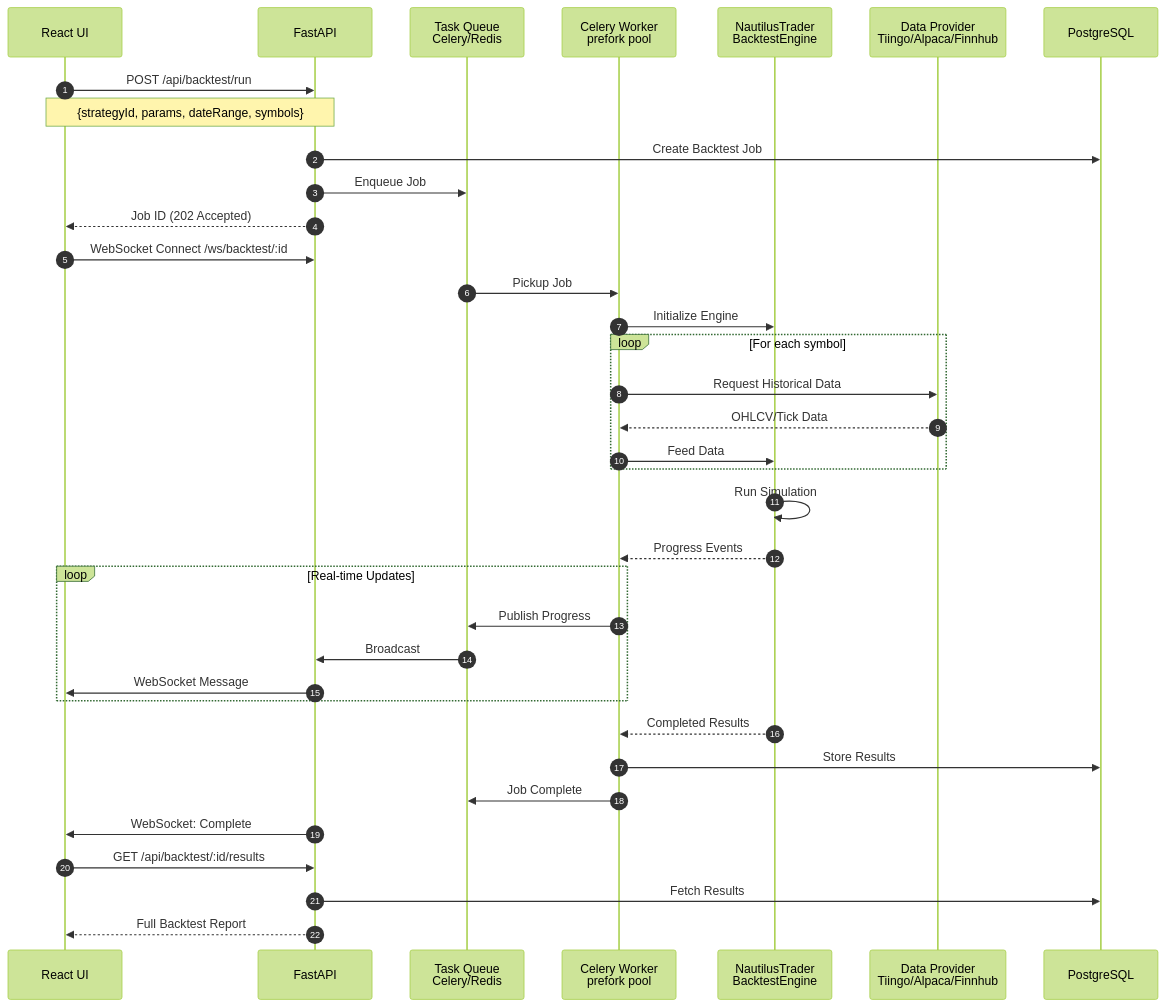
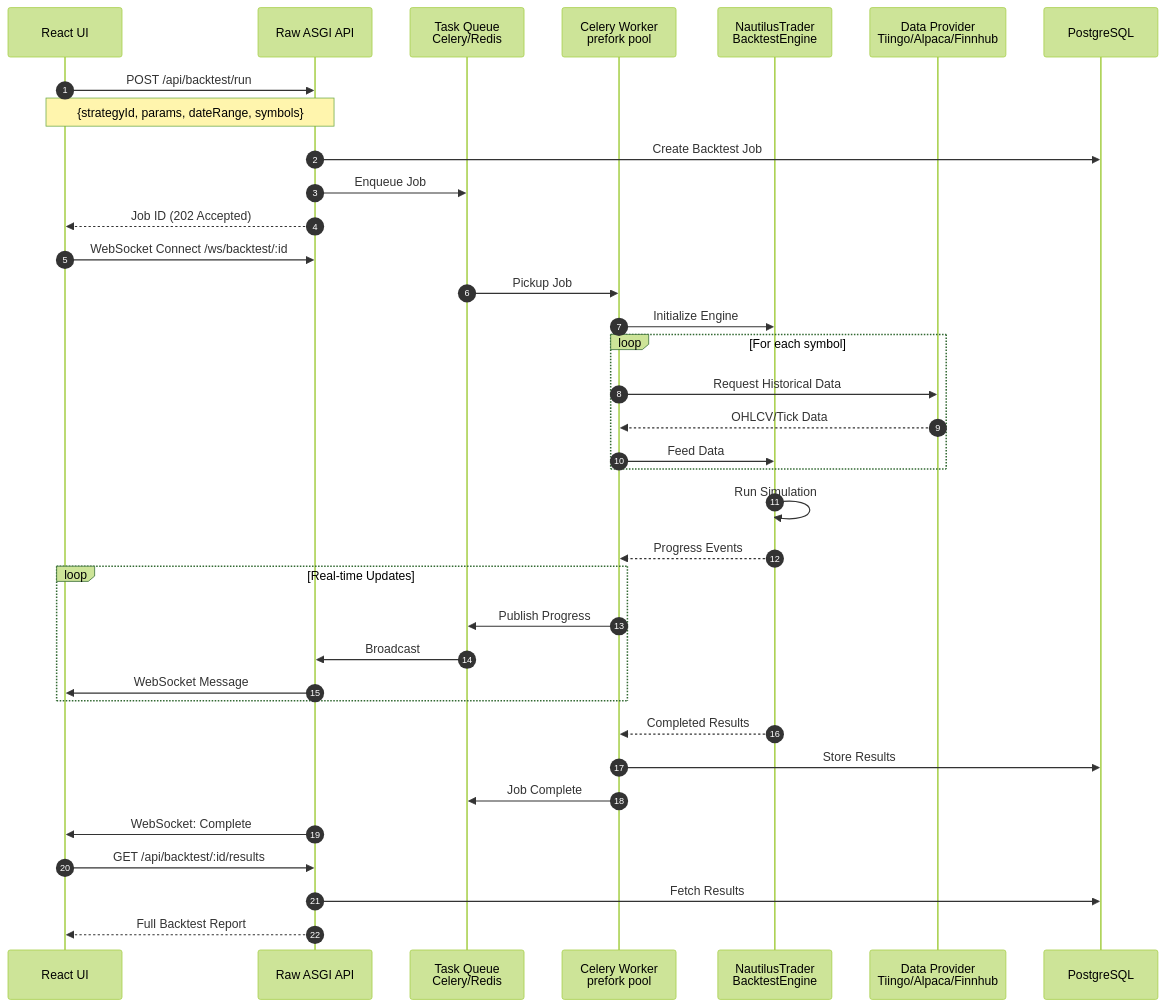
Before and after one commit to huydhoang/quantlens-docs: the fourth of 9 diagrams in ARCHITECTURE.md, drawn with Mermaid (forest theme). The commit also changed other lines of this file and 11 other files, not shown here.

````diff
--- a/ARCHITECTURE.md
+++ b/ARCHITECTURE.md
@@ -135,47 +135,47 @@
 ```mermaid
 sequenceDiagram
     autonumber
     participant UI as React UI
-    participant API as FastAPI
+    participant API as Raw ASGI API
     participant Queue as Task Queue<br/>Celery/Redis
     participant Worker as Celery Worker<br/>prefork pool
     participant Nautilus as NautilusTrader<br/>BacktestEngine
     participant Data as Data Provider<br/>Tiingo/Alpaca/Finnhub
     participant DB as PostgreSQL
     
     UI->>API: POST /api/backtest/run
     Note over UI,API: {strategyId, params, dateRange, symbols}
     
     API->>DB: Create Backtest Job
     API->>Queue: Enqueue Job
     API-->>UI: Job ID (202 Accepted)
     
     UI->>API: WebSocket Connect /ws/backtest/:id
     
     Queue->>Worker: Pickup Job
     Worker->>Nautilus: Initialize Engine
     
     loop For each symbol
         Worker->>Data: Request Historical Data
         Data-->>Worker: OHLCV/Tick Data
         Worker->>Nautilus: Feed Data
     end
     
     Nautilus->>Nautilus: Run Simulation
     Nautilus-->>Worker: Progress Events
     
     loop Real-time Updates
         Worker->>Queue: Publish Progress
         Queue->>API: Broadcast
         API->>UI: WebSocket Message
     end
     
     Nautilus-->>Worker: Completed Results
     Worker->>DB: Store Results
     Worker->>Queue: Job Complete
     
     API->>UI: WebSocket: Complete
     UI->>API: GET /api/backtest/:id/results
     API->>DB: Fetch Results
     API-->>UI: Full Backtest Report
 ```
````
